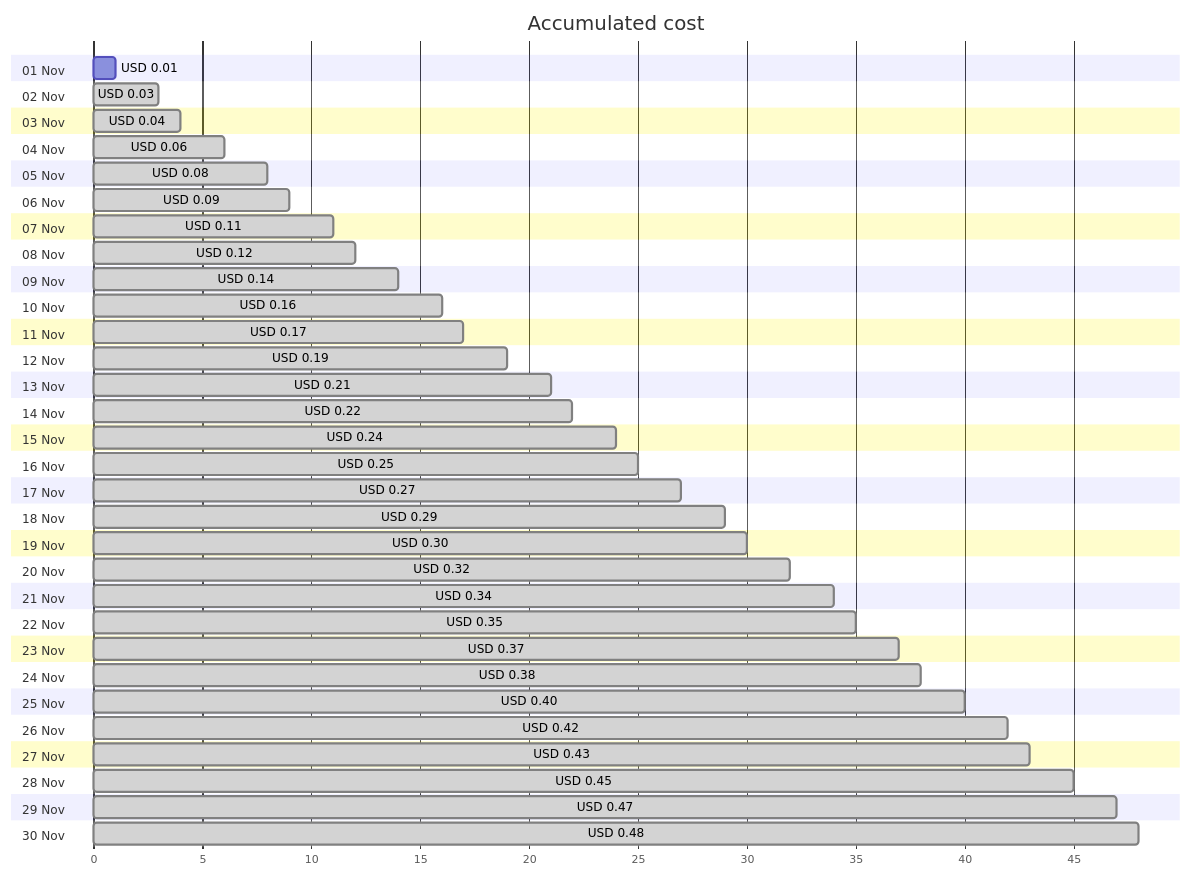
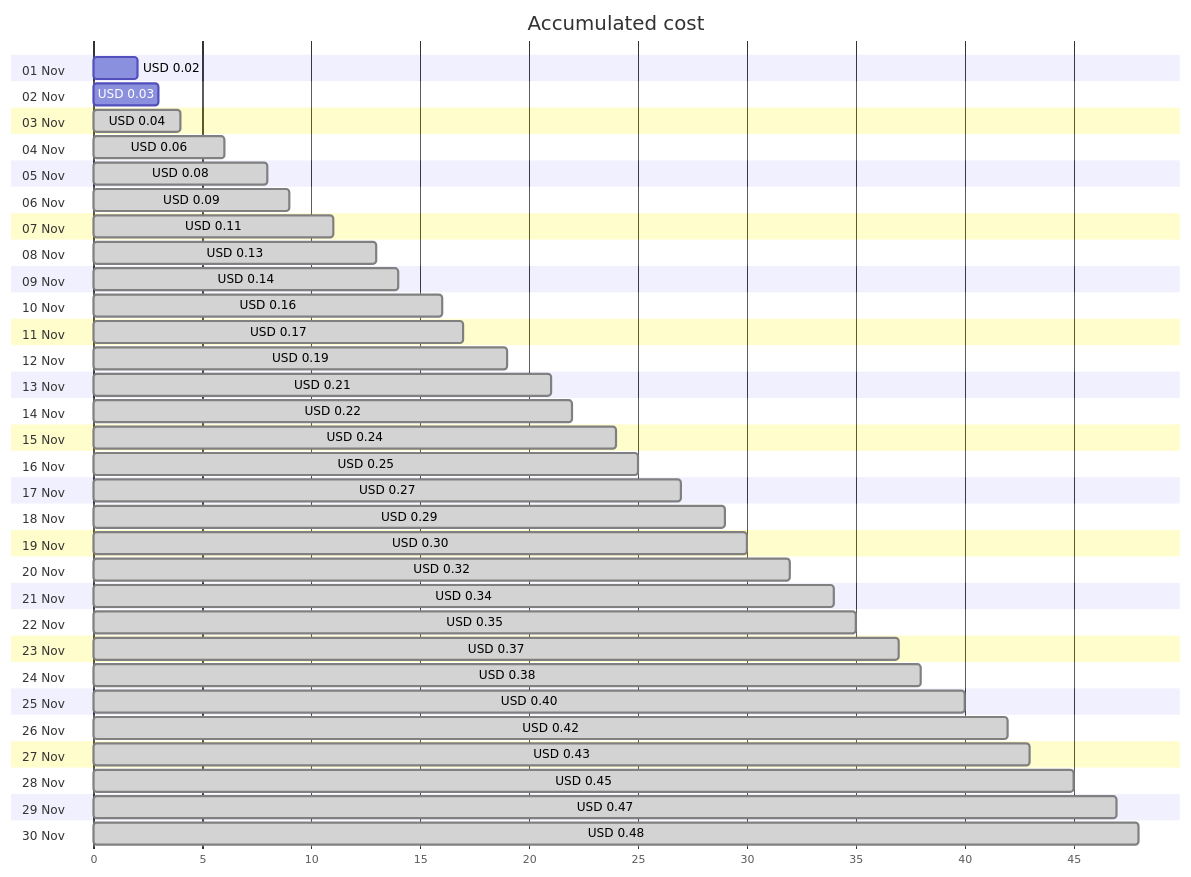
The first of 4 diagrams in cost-reports/personal-network/private.jpatrickfulton.com.md (jpfulton/azure-personal-reports), drawn with Mermaid before and after one commit. The commit also changed other lines of this file and 8 other files, not shown here.

````diff
--- a/cost-reports/personal-network/private.jpatrickfulton.com.md
+++ b/cost-reports/personal-network/private.jpatrickfulton.com.md
@@ -20,66 +20,66 @@
 ```mermaid
 gantt
    title Accumulated cost
    dateFormat  X
    axisFormat %s
    section 01 Nov
-   USD 0.01 :0, 1
+   USD 0.02 :0, 2
    section 02 Nov
-   USD 0.03 : done, 0, 3
+   USD 0.03 :0, 3
    section 03 Nov
    USD 0.04 : done, 0, 4
    section 04 Nov
    USD 0.06 : done, 0, 6
    section 05 Nov
    USD 0.08 : done, 0, 8
    section 06 Nov
    USD 0.09 : done, 0, 9
    section 07 Nov
    USD 0.11 : done, 0, 11
    section 08 Nov
-   USD 0.12 : done, 0, 12
+   USD 0.13 : done, 0, 13
    section 09 Nov
    USD 0.14 : done, 0, 14
    section 10 Nov
    USD 0.16 : done, 0, 16
    section 11 Nov
    USD 0.17 : done, 0, 17
    section 12 Nov
    USD 0.19 : done, 0, 19
    section 13 Nov
    USD 0.21 : done, 0, 21
    section 14 Nov
    USD 0.22 : done, 0, 22
    section 15 Nov
    USD 0.24 : done, 0, 24
    section 16 Nov
    USD 0.25 : done, 0, 25
    section 17 Nov
    USD 0.27 : done, 0, 27
    section 18 Nov
    USD 0.29 : done, 0, 29
    section 19 Nov
    USD 0.30 : done, 0, 30
    section 20 Nov
    USD 0.32 : done, 0, 32
    section 21 Nov
    USD 0.34 : done, 0, 34
    section 22 Nov
    USD 0.35 : done, 0, 35
    section 23 Nov
    USD 0.37 : done, 0, 37
    section 24 Nov
    USD 0.38 : done, 0, 38
    section 25 Nov
    USD 0.40 : done, 0, 40
    section 26 Nov
    USD 0.42 : done, 0, 42
    section 27 Nov
    USD 0.43 : done, 0, 43
    section 28 Nov
    USD 0.45 : done, 0, 45
    section 29 Nov
    USD 0.47 : done, 0, 47
    section 30 Nov
    USD 0.48 : done, 0, 48
 ```
````
